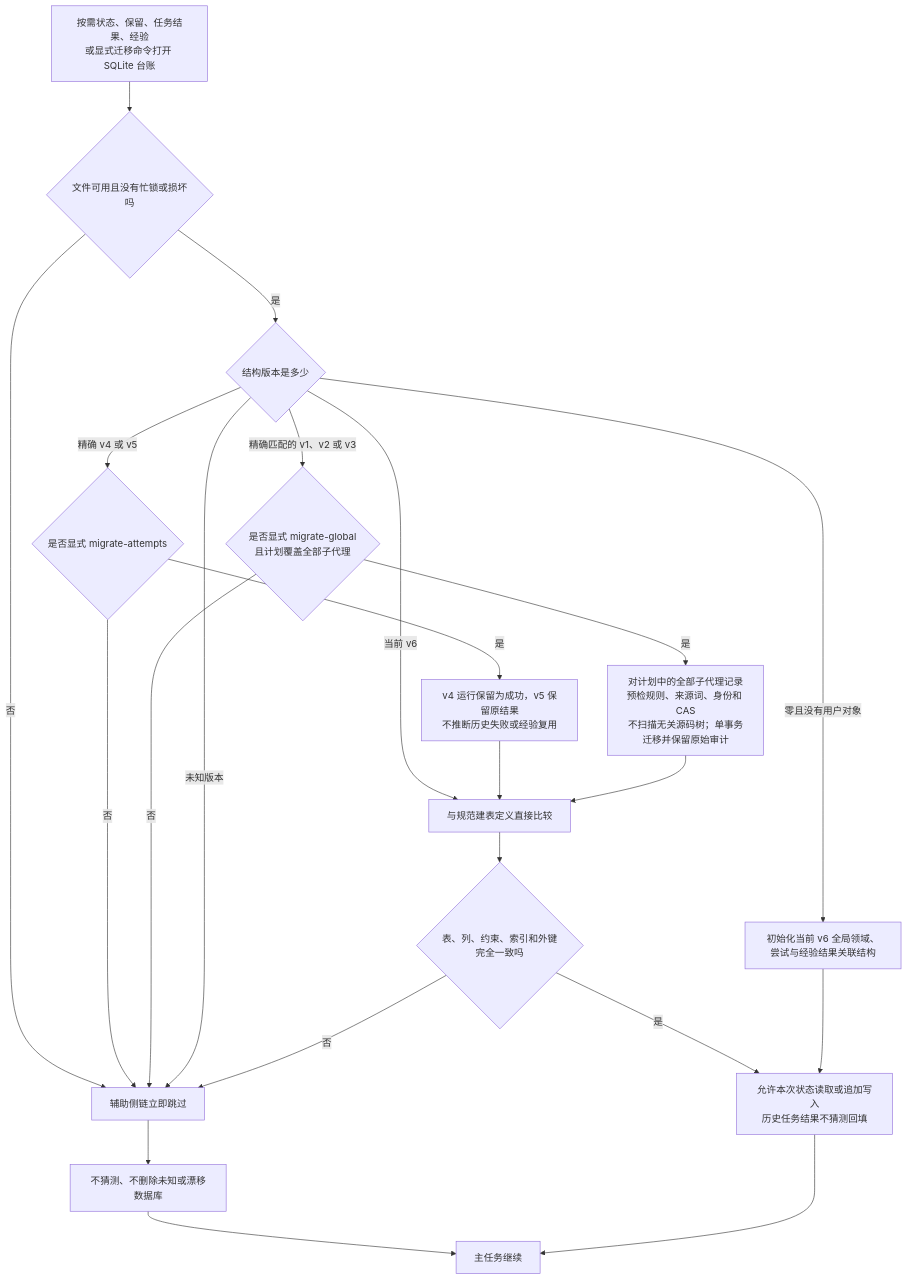
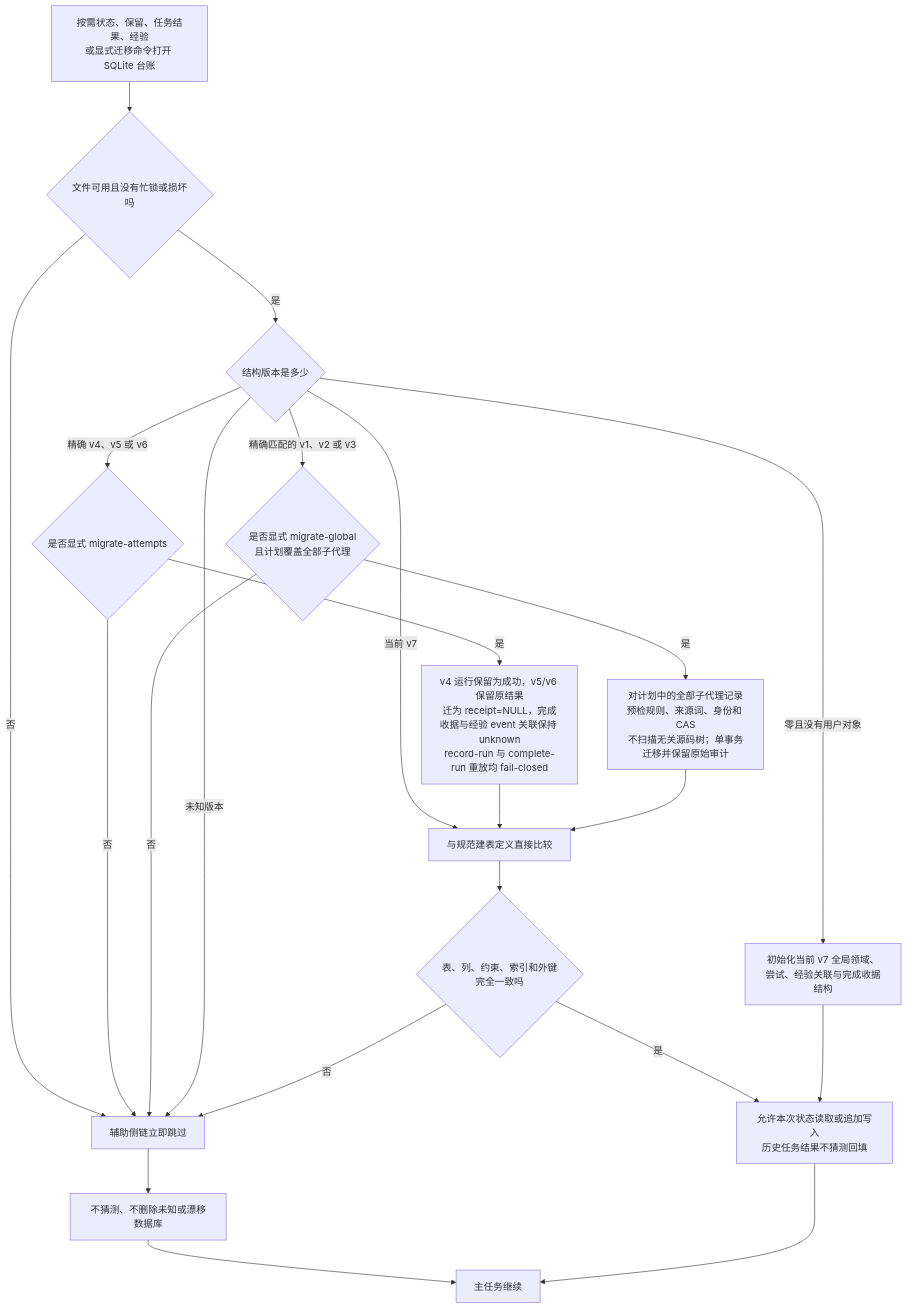
Diagram 11 of 13 in skills/lean-stack/references/flowcharts-zh.md (Lang45/codex-lean-stack), drawn with Mermaid before and after one commit. The commit also changed 9 other files, not shown here.

````diff
--- a/skills/lean-stack/references/flowcharts-zh.md
+++ b/skills/lean-stack/references/flowcharts-zh.md
@@ -633,24 +633,24 @@
 ```mermaid
 flowchart TD
     A[按需状态、保留、任务结果、经验<br/>或显式迁移命令打开 SQLite 台账] --> B{文件可用且没有忙锁或损坏吗}
     B -->|否| C[辅助侧链立即跳过]
     B -->|是| D{结构版本是多少}
-    D -->|零且没有用户对象| E[初始化当前 v6 全局领域、尝试与经验结果关联结构]
-    D -->|当前 v6| F[与规范建表定义直接比较]
-    D -->|精确 v4 或 v5| V4{是否显式 migrate-attempts}
+    D -->|零且没有用户对象| E[初始化当前 v7 全局领域、尝试、经验关联与完成收据结构]
+    D -->|当前 v7| F[与规范建表定义直接比较]
+    D -->|精确 v4、v5 或 v6| V4{是否显式 migrate-attempts}
     V4 -->|否| C
-    V4 -->|是| V5[v4 运行保留为成功，v5 保留原结果<br/>不推断历史失败或经验复用]
+    V4 -->|是| V5[v4 运行保留为成功，v5/v6 保留原结果<br/>迁为 receipt=NULL，完成收据与经验 event 关联保持 unknown<br/>record-run 与 complete-run 重放均 fail-closed]
     V5 --> F
     D -->|精确匹配的 v1、v2 或 v3| G{是否显式 migrate-global<br/>且计划覆盖全部子代理}
     G -->|否| C
     G -->|是| G2[对计划中的全部子代理记录预检规则、来源词、身份和 CAS<br/>不扫描无关源码树；单事务迁移并保留原始审计]
     G2 --> F
     D -->|未知版本| C
     F --> H{表、列、约束、索引和外键完全一致吗}
     H -->|是| I[允许本次状态读取或追加写入<br/>历史任务结果不猜测回填]
     H -->|否| C
     C --> J[不猜测、不删除未知或漂移数据库]
     J --> K[主任务继续]
     E --> I
     I --> K
 ```
````
